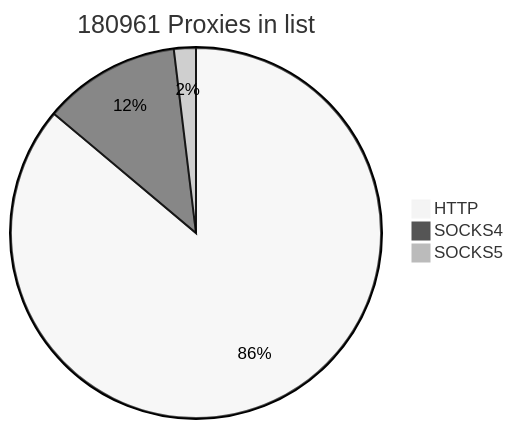
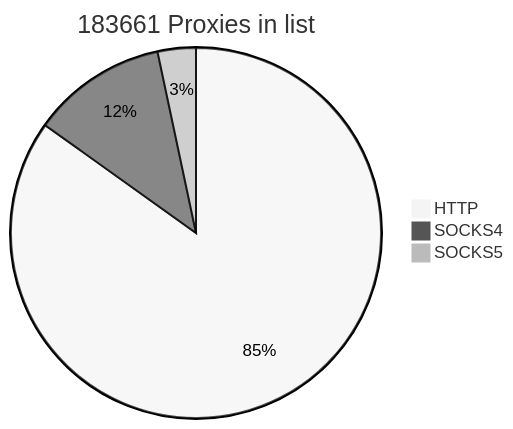
The first of 2 diagrams in README.md (cutipu/proxylist), drawn with Mermaid (neutral theme) before and after one commit. The commit also changed other lines of this file, not shown here.

````diff
--- a/README.md
+++ b/README.md
@@ -2,7 +2,7 @@
 ```mermaid
-pie title 180961 Proxies in list
-    "HTTP" : 155836
-    "SOCKS4" : 21660
-    "SOCKS5" : 3465
+pie title 183661 Proxies in list
+    "HTTP" : 155882
+    "SOCKS4" : 21657
+    "SOCKS5" : 6122
             
 ```
````
